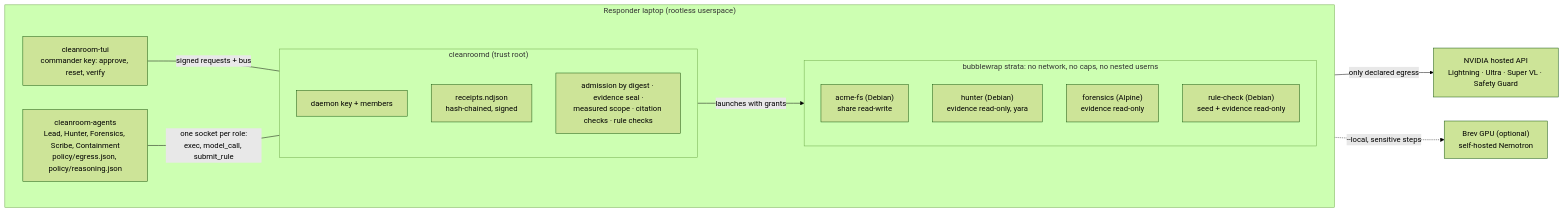
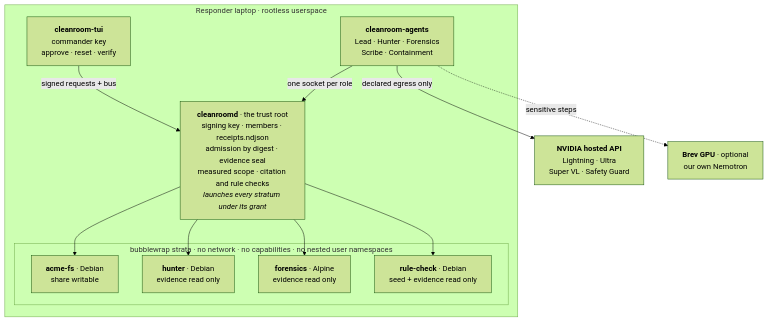
Before and after one commit to nunera/cleanroom: the second of 2 diagrams in README.md, drawn with Mermaid (forest theme). The commit also changed other lines of this file and 1 other file, not shown here.

````diff
--- a/README.md
+++ b/README.md
@@ -34,28 +112,21 @@
 ```mermaid
-flowchart LR
-  subgraph host["Responder laptop (rootless userspace)"]
-    direction LR
-    tui["cleanroom-tui<br/>commander key: approve, reset, verify"]
-    subgraph core["cleanroomd (trust root)"]
-      direction TB
-      keyring["daemon key + members"]
-      receipts["receipts.ndjson<br/>hash-chained, signed"]
-      checks["admission by digest · evidence seal ·<br/>measured scope · citation checks · rule checks"]
-    end
-    runner["cleanroom-agents<br/>Lead, Hunter, Forensics, Scribe, Containment<br/>policy/egress.json, policy/reasoning.json"]
-    subgraph strata["bubblewrap strata: no network, no caps, no nested userns"]
-      direction TB
-      victim["acme-fs (Debian)<br/>share read-write"]
-      hunter["hunter (Debian)<br/>evidence read-only, yara"]
-      forensics["forensics (Alpine)<br/>evidence read-only"]
-      rulecheck["rule-check (Debian)<br/>seed + evidence read-only"]
+flowchart TB
+  subgraph host["Responder laptop · rootless userspace"]
+    tui["<b>cleanroom-tui</b><br/>commander key<br/>approve · reset · verify"]
+    runner["<b>cleanroom-agents</b><br/>Lead · Hunter · Forensics<br/>Scribe · Containment"]
+    core["<b>cleanroomd</b> · the trust root<br/>signing key · members · receipts.ndjson<br/>admission by digest · evidence seal<br/>measured scope · citation and rule checks<br/><i>launches every stratum under its grant</i>"]
+    subgraph strata["bubblewrap strata · no network · no capabilities · no nested user namespaces"]
+      victim["<b>acme-fs</b> · Debian<br/>share writable"]
+      hunter["<b>hunter</b> · Debian<br/>evidence read only"]
+      forensics["<b>forensics</b> · Alpine<br/>evidence read only"]
+      rulecheck["<b>rule-check</b> · Debian<br/>seed + evidence read only"]
     end
   end
-  nvidia["NVIDIA hosted API<br/>Lightning · Ultra · Super VL · Safety Guard"]
-  brev["Brev GPU (optional)<br/>self-hosted Nemotron"]
-  tui -- "signed requests + bus" --- core
-  runner -- "one socket per role:<br/>exec, model_call, submit_rule" --- core
-  core -- "launches with grants" --> strata
-  runner -- "only declared egress" --> nvidia
-  runner -. "--local, sensitive steps" .-> brev
+  nvidia["<b>NVIDIA hosted API</b><br/>Lightning · Ultra<br/>Super VL · Safety Guard"]
+  brev["<b>Brev GPU</b> · optional<br/>our own Nemotron"]
+  tui -- "signed requests + bus" --> core
+  runner -- "one socket per role" --> core
+  core --> victim & hunter & forensics & rulecheck
+  runner -- "declared egress only" --> nvidia
+  runner -. "sensitive steps" .-> brev
 ```
````
